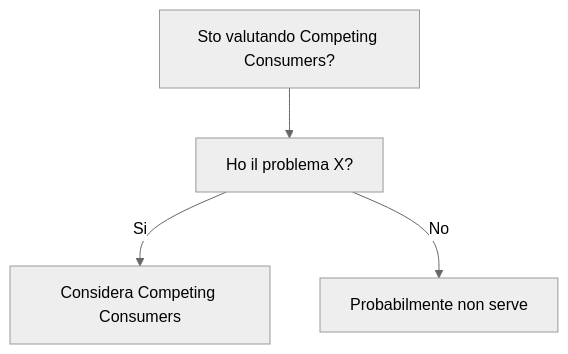
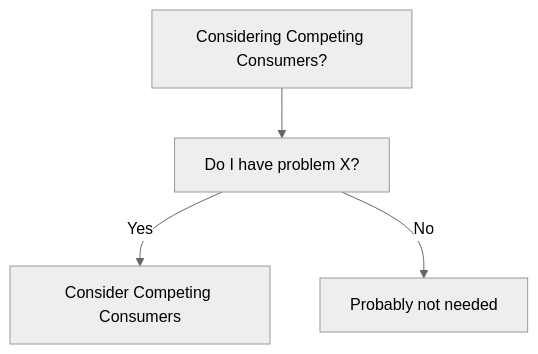
One commit to HxT9/Software-Dev-Wiki changed the diagram in dev-wiki/13_Integration/Patterns/Competing_Consumers/When_To_Use.md. Above: the diagram before and after it, drawn with Mermaid (neutral theme). The commit also changed other lines of this file and 3444 other files, not shown here.

````diff
--- a/dev-wiki/13_Integration/Patterns/Competing_Consumers/When_To_Use.md
+++ b/dev-wiki/13_Integration/Patterns/Competing_Consumers/When_To_Use.md
@@ -19,6 +19,6 @@
 ```mermaid
 flowchart TD
-  Q[Sto valutando Competing Consumers?] --> Q1[Ho il problema X?]
-  Q1 -->|Si| OK[Considera Competing Consumers]
-  Q1 -->|No| NO[Probabilmente non serve]
+  Q[Considering Competing Consumers?] --> Q1[Do I have problem X?]
+  Q1 -->|Yes| OK[Consider Competing Consumers]
+  Q1 -->|No| NO[Probably not needed]
 ```
````
